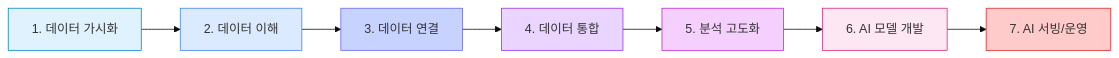
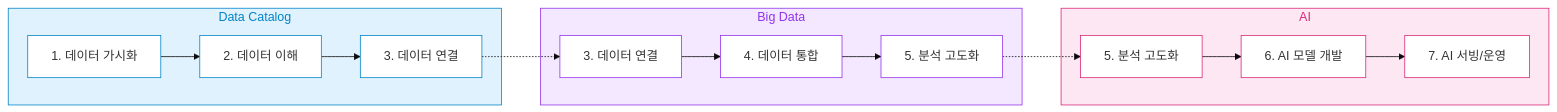
One commit to TheOpenCloudEngine/argus changed the sixth of 6 diagrams in argus-catalog-server/docs/architecture.md. Above: the diagram before and after it, drawn with Mermaid (base theme).

Commit message:
Add Data Catalog / Big Data / AI grouping to AI Journey diagram
- Stages 1,2,3: Data Catalog (blue)
- Stages 3,4,5: Big Data (purple)
- Stages 5,6,7: AI (pink)
- Overlapping stages (3, 5) shown as bridge between groups

````diff
--- a/argus-catalog-server/docs/architecture.md
+++ b/argus-catalog-server/docs/architecture.md
@@ -308,12 +308,31 @@
 ```mermaid
 flowchart LR
-    S1["1. 데이터 가시화"] --> S2["2. 데이터 이해"] --> S3["3. 데이터 연결"] --> S4["4. 데이터 통합"] --> S5["5. 분석 고도화"] --> S6["6. AI 모델 개발"] --> S7["7. AI 서빙/운영"]
+    subgraph DC["Data Catalog"]
+        S1["1. 데이터 가시화"] --> S2["2. 데이터 이해"] --> S3["3. 데이터 연결"]
+    end
 
-    style S1 fill:#e0f2fe,stroke:#0284c7
-    style S2 fill:#dbeafe,stroke:#3b82f6
-    style S3 fill:#c7d2fe,stroke:#6366f1
-    style S4 fill:#e9d5ff,stroke:#9333ea
-    style S5 fill:#f5d0fe,stroke:#c026d3
-    style S6 fill:#fce7f3,stroke:#db2777
-    style S7 fill:#fecaca,stroke:#dc2626
+    subgraph BD["Big Data"]
+        S3b["3. 데이터 연결"] --> S4["4. 데이터 통합"] --> S5["5. 분석 고도화"]
+    end
+
+    subgraph AI["AI"]
+        S5b["5. 분석 고도화"] --> S6["6. AI 모델 개발"] --> S7["7. AI 서빙/운영"]
+    end
+
+    S3 -.-> S3b
+    S5 -.-> S5b
+
+    style DC fill:#e0f2fe,stroke:#0284c7,color:#0284c7
+    style BD fill:#f3e8ff,stroke:#9333ea,color:#9333ea
+    style AI fill:#fce7f3,stroke:#db2777,color:#db2777
+
+    style S1 fill:#fff,stroke:#0284c7
+    style S2 fill:#fff,stroke:#0284c7
+    style S3 fill:#fff,stroke:#0284c7
+    style S3b fill:#fff,stroke:#9333ea
+    style S4 fill:#fff,stroke:#9333ea
+    style S5 fill:#fff,stroke:#9333ea
+    style S5b fill:#fff,stroke:#db2777
+    style S6 fill:#fff,stroke:#db2777
+    style S7 fill:#fff,stroke:#db2777
 ```
````
